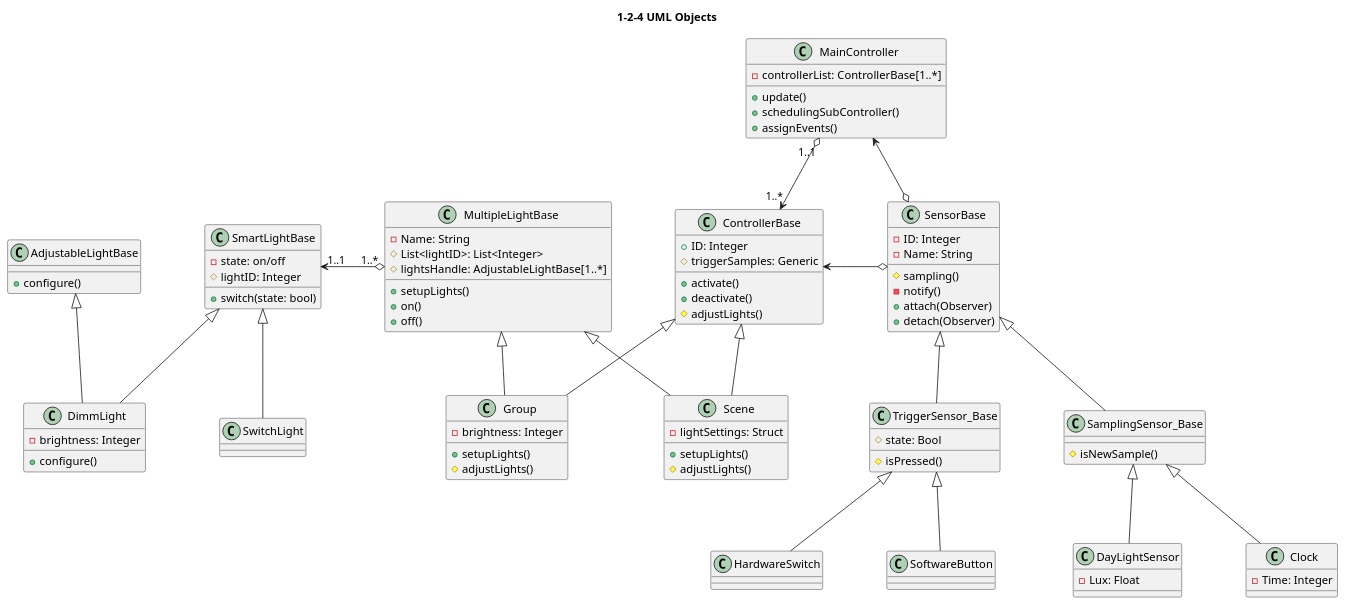
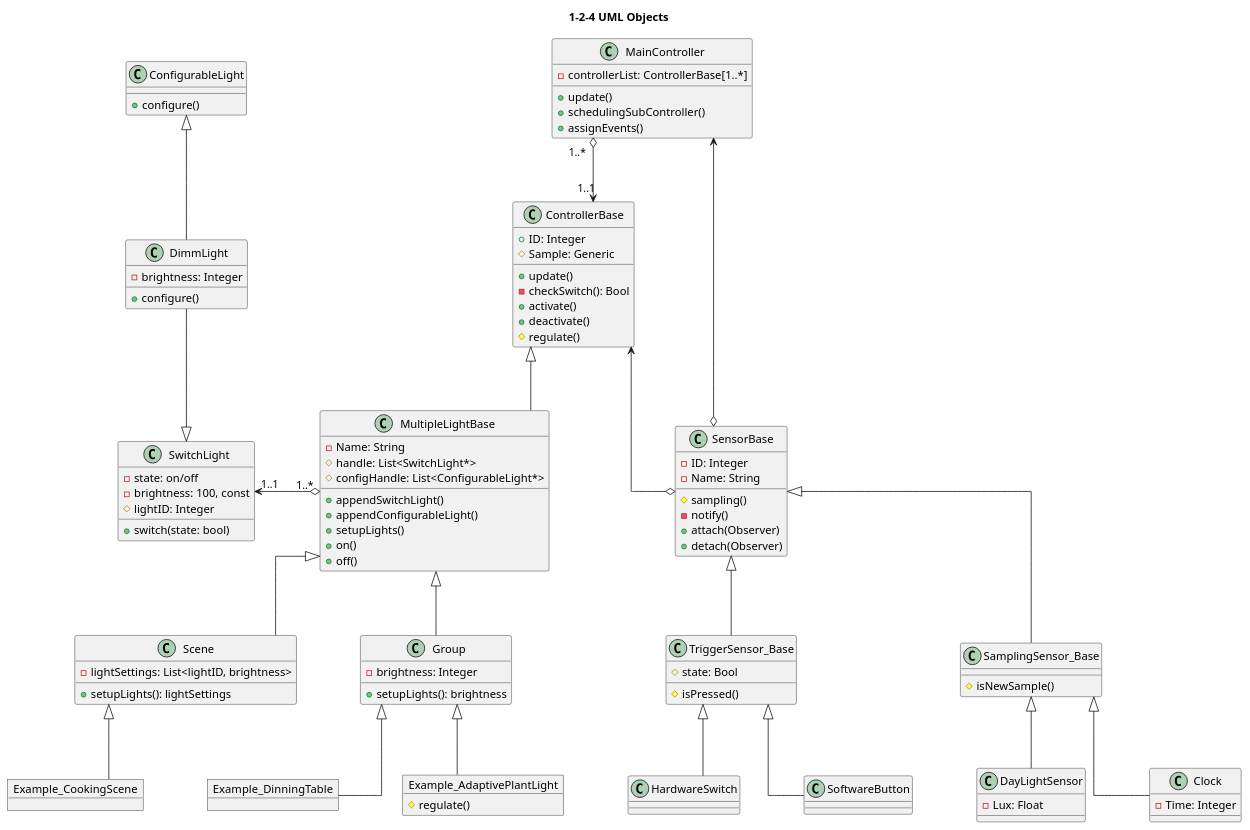
The diagram in Assignment/HW1/hw124-system.pu (khanhln2907/Software_Architecture), drawn with PlantUML before and after one commit. The commit also changed 8 other files, not shown here.

```diff
--- a/Assignment/HW1/hw124-system.pu
+++ b/Assignment/HW1/hw124-system.pu
@@ -1,157 +1,164 @@
 @startuml
 ' Settings
 ' ============================
 
 ' use +,#,- instead of icons
 'skinparam classAttributeIconSize 0
 
 ' horizontal distance in px
 skinparam nodesep 80 
 
 ' vertical distance in px
 skinparam ranksep 80
 
 ' use only straight lines (ortho/polyline)
-'skinparam linetype ortho
+skinparam linetype ortho
 
 ' title
 title 1-2-4 UML Objects
 
 
 
 ' Abstract Classes
 ' ============================
-class SmartLightBase{
-    -state: on/off
-    #lightID: Integer
-    +switch(state: bool)
-}
-
-class AdjustableLightBase{
-    +configure()
-}
-
 class MultipleLightBase{
     -Name: String
-    #List<lightID>: List<Integer>
-    #lightsHandle: AdjustableLightBase[1..*]
+    #handle: List<SwitchLight*>
+    #configHandle: List<ConfigurableLight*>
+    +appendSwitchLight()
+    +appendConfigurableLight()
     +setupLights()
     +on()
     +off()
-    
 }
 
 class SensorBase{
     -ID: Integer
     -Name: String
     #sampling()
     -notify()
     +attach(Observer)
     +detach(Observer)
 }
 
 class TriggerSensor_Base{
     #isPressed()
     '#publishTrigger()
     #state: Bool
 }
 
 class SamplingSensor_Base{
     #isNewSample()
     '#publishValues()
 }
 
 class ControllerBase{
     +ID: Integer
-    #triggerSamples: Generic
+    #Sample: Generic
+    +update()
+    -checkSwitch(): Bool
     +activate()
     +deactivate()
-    #adjustLights()
+    #regulate()
+    
 }
 
-
+class ConfigurableLight{
+    +configure()
+}
 ' Concrete Classes
 ' ============================
 class SwitchLight{
+    -state: on/off
+    -brightness: 100, const
+    #lightID: Integer
+    +switch(state: bool)
 }
 
 class DimmLight{
     -brightness: Integer
     +configure()
 }
 
 class Group{
     '#setBrightness()
     -brightness: Integer
     ': setBrightness()
-    +setupLights() 
-    #adjustLights()
+    +setupLights(): brightness 
+    '#regulate(): brightness
 }
 
 class Scene{
     '#setLightConfig()
-    -lightSettings: Struct
-    +setupLights()
-    #adjustLights()
+    -lightSettings: List<lightID, brightness>
+    +setupLights(): lightSettings
+    '#regulate(): lightSettings
 }
 
 class DayLightSensor{
     - Lux: Float
 }
 
 class HardwareSwitch{
     
 }
 
 class SoftwareButton{
     
 }
 
 class Clock{
     -Time: Integer
 }
 
 'class GroupController{}
 
 'class SceneController{}
 
 class MainController{
     -controllerList: ControllerBase[1..*]
     +update()
     +schedulingSubController()
     +assignEvents()
 }
 
+' Instance Example
+' ================================
+object Example_DinningTable{
+}
+
+object Example_CookingScene{
+}
+
+object Example_AdaptivePlantLight{
+    #regulate()
+}
+
 ' Relations
 ' ================================
-SmartLightBase <|-down- SwitchLight
-SmartLightBase <|-down- DimmLight
-AdjustableLightBase <|-down- DimmLight
+DimmLight --|> SwitchLight  
+DimmLight -u-|> ConfigurableLight  
+MultipleLightBase "1..*" o-l-> "1..1"SwitchLight
 
 MultipleLightBase <|-d- Scene
 MultipleLightBase <|-d- Group
-ControllerBase <|-d- Scene
-ControllerBase <|-d- Group
+MultipleLightBase -u-|> ControllerBase
 
-
-MultipleLightBase "1..*" o-left-> "1..1" SmartLightBase
+MainController "1..*" o-d-> "1..1" ControllerBase
+MainController <-r-o SensorBase
+ControllerBase <--o SensorBase
 
 SensorBase <|-- TriggerSensor_Base
 SensorBase <|-- SamplingSensor_Base
 TriggerSensor_Base <|-- HardwareSwitch
 TriggerSensor_Base <|-d- SoftwareButton
 SamplingSensor_Base <|-- DayLightSensor
 SamplingSensor_Base <|-- Clock
 
-
-ControllerBase "1..*" <-u-o "1..1" MainController
-
-ControllerBase <-r-o SensorBase
-MainController <-r-o SensorBase
-
+Example_DinningTable -u-|> Group
+Example_AdaptivePlantLight -u-|> Group
+Example_CookingScene -u-|> Scene
 
 ' This is just for better graph allignment
-MultipleLightBase -[hidden]r-> ControllerBase
-AdjustableLightBase -r[hidden]-> SmartLightBase
-
+Scene -[hidden]l- SwitchLight
 @enduml
```
